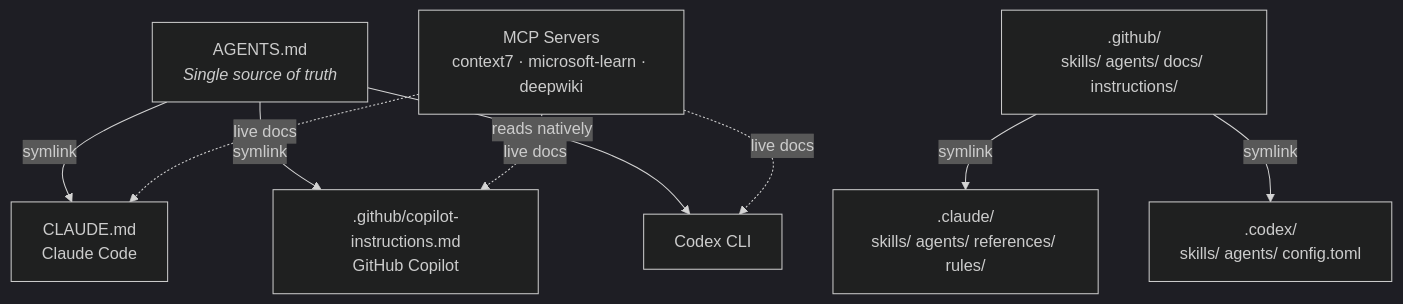
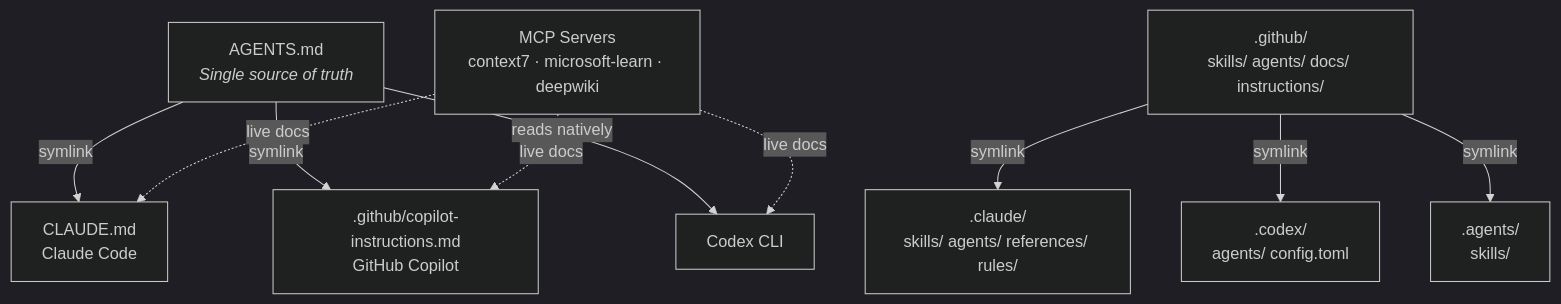
The diagram in README.md (jonhill90/vibes), drawn with Mermaid (dark theme) before and after one commit. The commit also changed other lines of this file and 5 other files, not shown here.

First line of the commit message:
docs: align Codex-native setup with .agents and rules

````diff
--- a/README.md
+++ b/README.md
@@ -79,17 +81,18 @@
 ```mermaid
 graph TD
     AGENTS["AGENTS.md<br/><i>Single source of truth</i>"]
 
     AGENTS -->|symlink| CLAUDE["CLAUDE.md<br/>Claude Code"]
     AGENTS -->|symlink| COPILOT[".github/copilot-instructions.md<br/>GitHub Copilot"]
     AGENTS -->|reads natively| CODEX["Codex CLI"]
 
     GH[".github/<br/>skills/ agents/ docs/ instructions/"]
     GH -->|symlink| CLAUDE_DIR[".claude/<br/>skills/ agents/ references/ rules/"]
-    GH -->|symlink| CODEX_DIR[".codex/<br/>skills/ agents/ config.toml"]
+    GH -->|symlink| CODEX_DIR[".codex/<br/>agents/ config.toml"]
+    GH -->|symlink| AGENTS_DIR[".agents/<br/>skills/"]
 
     MCP["MCP Servers<br/>context7 · microsoft-learn · deepwiki"]
     MCP -.->|live docs| CLAUDE
     MCP -.->|live docs| COPILOT
     MCP -.->|live docs| CODEX
 ```
````
